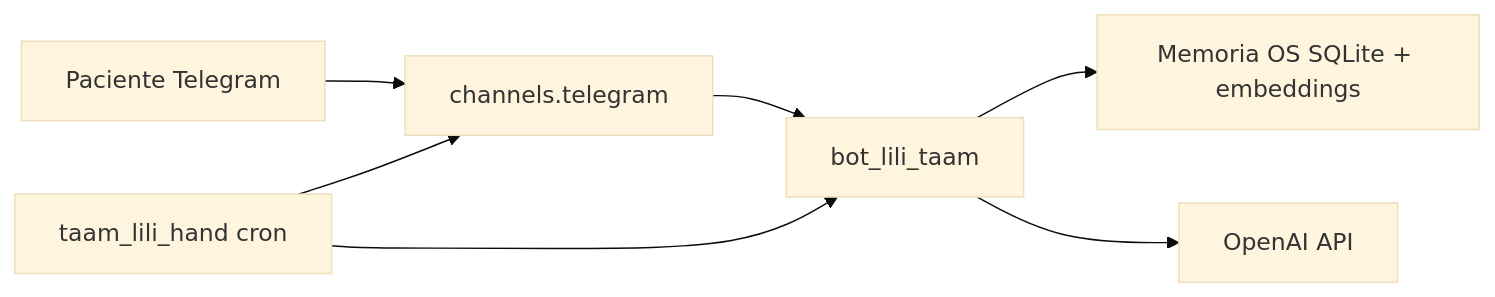
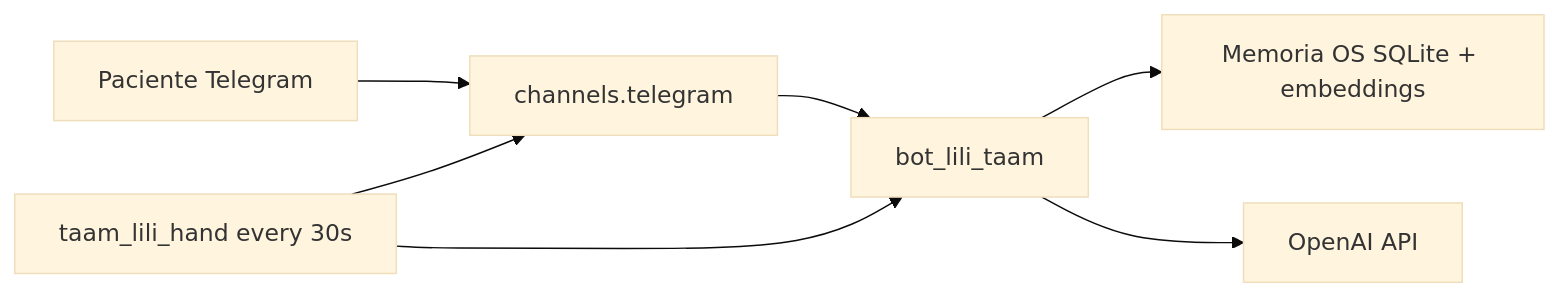
Before and after one commit to frankdaza/uao_ia_cd_tecnicas_avanzadas_ia: the diagram in proyecto-3/README.md, drawn with Mermaid (base theme). The commit also changed other lines of this file and 11 other files, not shown here.

````diff
--- a/proyecto-3/README.md
+++ b/proyecto-3/README.md
@@ -92,16 +92,16 @@
 ```mermaid
 flowchart LR
   paciente[Paciente Telegram]
   bridge["channels.telegram"]
   agente[bot_lili_taam]
   memoria["Memoria OS SQLite + embeddings"]
-  hand[taam_lili_hand cron]
+  hand[taam_lili_hand every 30s]
   openai[OpenAI API]
 
   paciente --> bridge
   bridge --> agente
   agente --> memoria
   agente --> openai
   hand --> bridge
   hand --> agente
 ```
````
